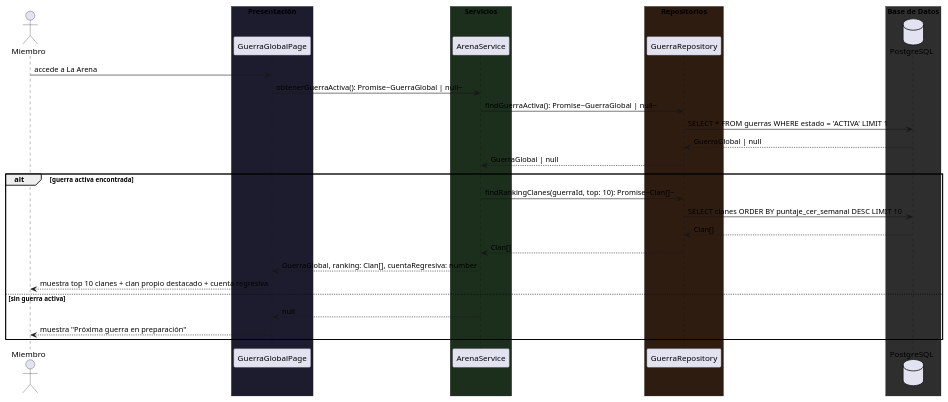
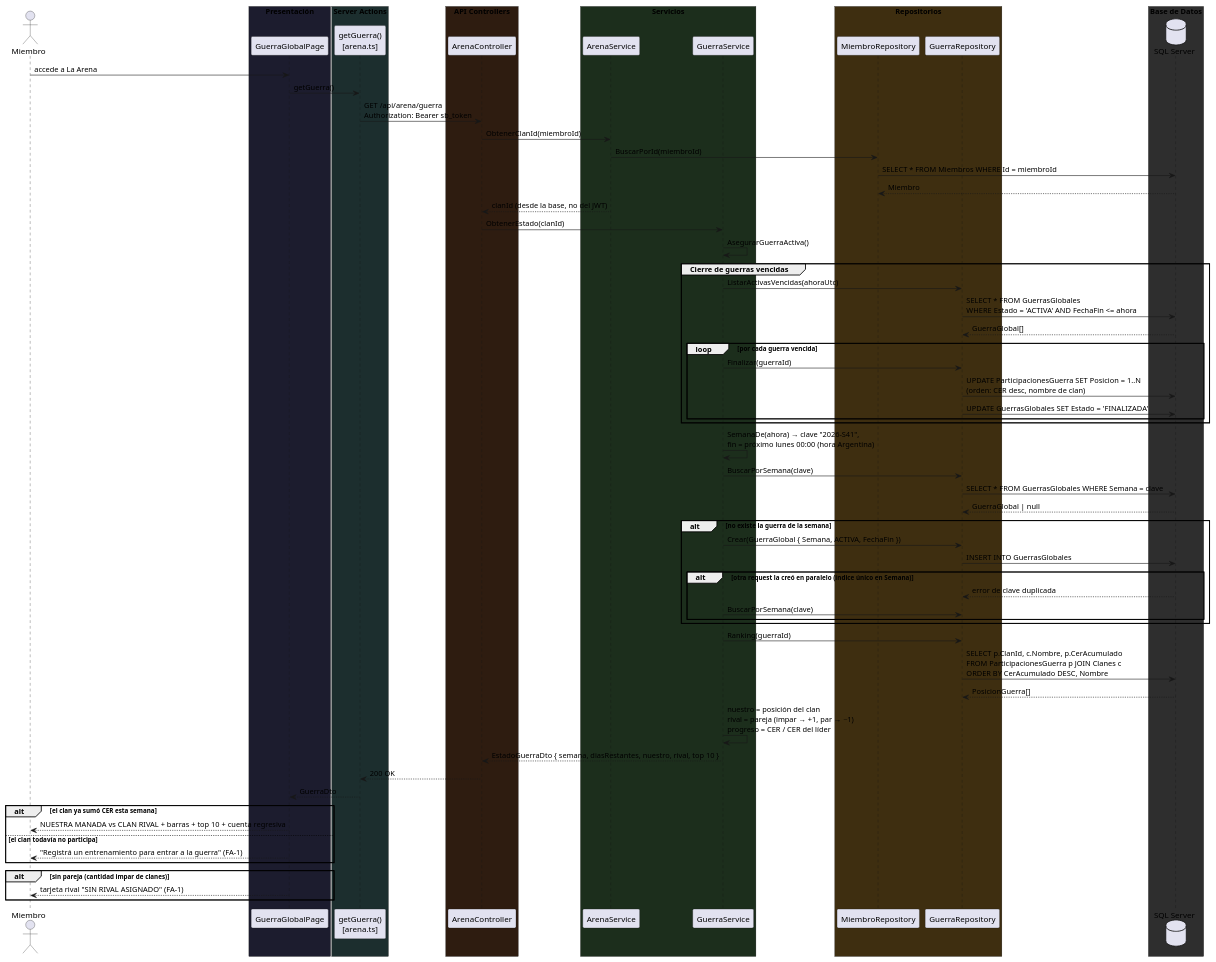
One commit to nicolassepulveda13/SAP changed the first of 8 diagrams in silverback/docs/secuencias-cu003-cu004.md. Above: the diagram before and after it, drawn with PlantUML. The commit also changed other lines of this file and 13 other files, not shown here.

```diff
--- a/silverback/docs/secuencias-cu003-cu004.md
+++ b/silverback/docs/secuencias-cu003-cu004.md
@@ -21,35 +23,81 @@
   participant "GuerraGlobalPage" as Page
 end box
 
-box "Servicios" #1C2E1C
-  participant "ArenaService" as Svc
+box "Server Actions" #1C2E2E
+  participant "getGuerra()\n[arena.ts]" as Action
 end box
 
-box "Repositorios" #2E1C10
+box "API Controllers" #2E1C10
+  participant "ArenaController" as Ctrl
+end box
+
+box "Servicios" #1C2E1C
+  participant "ArenaService" as Arena
+  participant "GuerraService" as Svc
+end box
+
+box "Repositorios" #3E2E10
+  participant "MiembroRepository" as MRepo
   participant "GuerraRepository" as Repo
 end box
 
 box "Base de Datos" #2E2E2E
-  database "PostgreSQL" as DB
+  database "SQL Server" as DB
 end box
 
 Miembro -> Page: accede a La Arena
-Page -> Svc: obtenerGuerraActiva(): Promise~GuerraGlobal | null~
-Svc -> Repo: findGuerraActiva(): Promise~GuerraGlobal | null~
-Repo -> DB: SELECT * FROM guerras WHERE estado = 'ACTIVA' LIMIT 1
+Page -> Action: getGuerra()
+Action -> Ctrl: GET /api/arena/guerra\nAuthorization: Bearer sb_token
+Ctrl -> Arena: ObtenerClanId(miembroId)
+Arena -> MRepo: BuscarPorId(miembroId)
+MRepo -> DB: SELECT * FROM Miembros WHERE Id = miembroId
+DB --> MRepo: Miembro
+Arena --> Ctrl: clanId (desde la base, no del JWT)
+
+Ctrl -> Svc: ObtenerEstado(clanId)
+Svc -> Svc: AsegurarGuerraActiva()
+
+group Cierre de guerras vencidas
+    Svc -> Repo: ListarActivasVencidas(ahoraUtc)
+    Repo -> DB: SELECT * FROM GuerrasGlobales\nWHERE Estado = 'ACTIVA' AND FechaFin <= ahora
+    DB --> Repo: GuerraGlobal[]
+    loop por cada guerra vencida
+        Svc -> Repo: Finalizar(guerraId)
+        Repo -> DB: UPDATE ParticipacionesGuerra SET Posicion = 1..N\n(orden: CER desc, nombre de clan)
+        Repo -> DB: UPDATE GuerrasGlobales SET Estado = 'FINALIZADA'
+    end
+end
+
+Svc -> Svc: SemanaDe(ahora) → clave "2026-S41",\nfin = próximo lunes 00:00 (hora Argentina)
+Svc -> Repo: BuscarPorSemana(clave)
+Repo -> DB: SELECT * FROM GuerrasGlobales WHERE Semana = clave
 DB --> Repo: GuerraGlobal | null
-Repo --> Svc: GuerraGlobal | null
 
-alt guerra activa encontrada
-    Svc -> Repo: findRankingClanes(guerraId, top: 10): Promise~Clan[]~
-    Repo -> DB: SELECT clanes ORDER BY puntaje_cer_semanal DESC LIMIT 10
-    DB --> Repo: Clan[]
-    Repo --> Svc: Clan[]
-    Svc --> Page: GuerraGlobal, ranking: Clan[], cuentaRegresiva: number
-    Page --> Miembro: muestra top 10 clanes + clan propio destacado + cuenta regresiva
-else sin guerra activa
-    Svc --> Page: null
-    Page --> Miembro: muestra "Próxima guerra en preparación"
+alt no existe la guerra de la semana
+    Svc -> Repo: Crear(GuerraGlobal { Semana, ACTIVA, FechaFin })
+    Repo -> DB: INSERT INTO GuerrasGlobales
+    alt otra request la creó en paralelo (índice único en Semana)
+        DB --> Repo: error de clave duplicada
+        Svc -> Repo: BuscarPorSemana(clave)
+    end
+end
+
+Svc -> Repo: Ranking(guerraId)
+Repo -> DB: SELECT p.ClanId, c.Nombre, p.CerAcumulado\nFROM ParticipacionesGuerra p JOIN Clanes c\nORDER BY CerAcumulado DESC, Nombre
+DB --> Repo: PosicionGuerra[]
+Svc -> Svc: nuestro = posición del clan\nrival = pareja (impar → +1, par → −1)\nprogreso = CER / CER del líder
+
+Svc --> Ctrl: EstadoGuerraDto { semana, diasRestantes, nuestro, rival, top 10 }
+Ctrl --> Action: 200 OK
+Action --> Page: GuerraDto
+
+alt el clan ya sumó CER esta semana
+    Page --> Miembro: NUESTRA MANADA vs CLAN RIVAL + barras + top 10 + cuenta regresiva
+else el clan todavía no participa
+    Page --> Miembro: "Registrá un entrenamiento para entrar a la guerra" (FA-1)
+end
+alt sin pareja (cantidad impar de clanes)
+    Page --> Miembro: tarjeta rival "SIN RIVAL ASIGNADO" (FA-1)
 end
 
 @enduml
```
